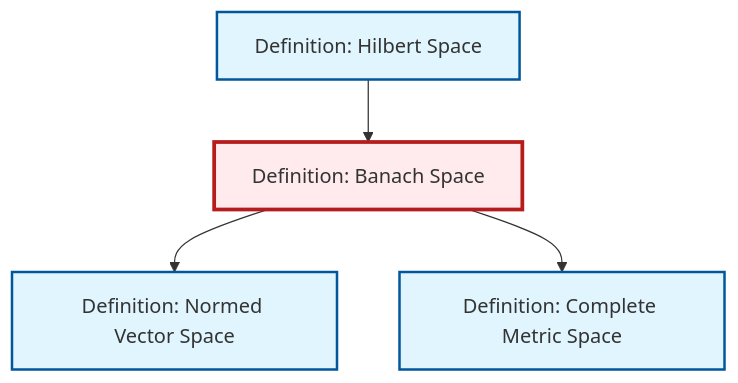
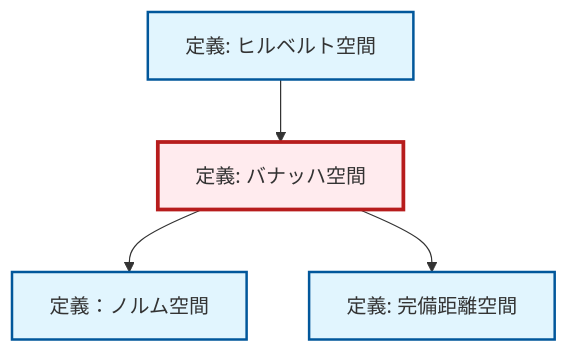
The diagram in content/ja/analysis/def-banach-space.qmd (RK0429/ModernMath), drawn with Mermaid before and after one commit. The commit also changed 1069 other files, not shown here.

````diff
--- a/content/ja/analysis/def-banach-space.qmd
+++ b/content/ja/analysis/def-banach-space.qmd
@@ -120,20 +120,20 @@
 ```{mermaid}
 %%| fig-cap: "Local dependency graph"
 graph TD
     classDef definition fill:#e1f5fe,stroke:#01579b,stroke-width:2px
     classDef theorem fill:#f3e5f5,stroke:#4a148c,stroke-width:2px
     classDef axiom fill:#fff3e0,stroke:#e65100,stroke-width:2px
     classDef example fill:#e8f5e9,stroke:#1b5e20,stroke-width:2px
     classDef current fill:#ffebee,stroke:#b71c1c,stroke-width:3px
-    def-hilbert-space["Definition: Hilbert Space"]:::definition
-    def-normed-vector-space["Definition: Normed Vector Space"]:::definition
-    def-banach-space["Definition: Banach Space"]:::definition
-    def-complete-metric-space["Definition: Complete Metric Space"]:::definition
+    def-banach-space["定義: バナッハ空間"]:::definition
+    def-complete-metric-space["定義: 完備距離空間"]:::definition
+    def-normed-vector-space["定義：ノルム空間"]:::definition
+    def-hilbert-space["定義: ヒルベルト空間"]:::definition
     def-hilbert-space --> def-banach-space
     def-banach-space --> def-normed-vector-space
     def-banach-space --> def-complete-metric-space
     class def-banach-space current
-    click def-hilbert-space "def-hilbert-space.html" "Definition: Hilbert Spaceへ"
-    click def-normed-vector-space "def-normed-vector-space.html" "Definition: Normed Vector Spaceへ"
-    click def-complete-metric-space "def-complete-metric-space.html" "Definition: Complete Metric Spaceへ"
+    click def-complete-metric-space "def-complete-metric-space.html" "完備距離空間の定義へ"
+    click def-normed-vector-space "def-normed-vector-space.html" "定義：ノルム空間へ"
+    click def-hilbert-space "def-hilbert-space.html" "ヒルベルト空間の定義へ"
 ```
````
